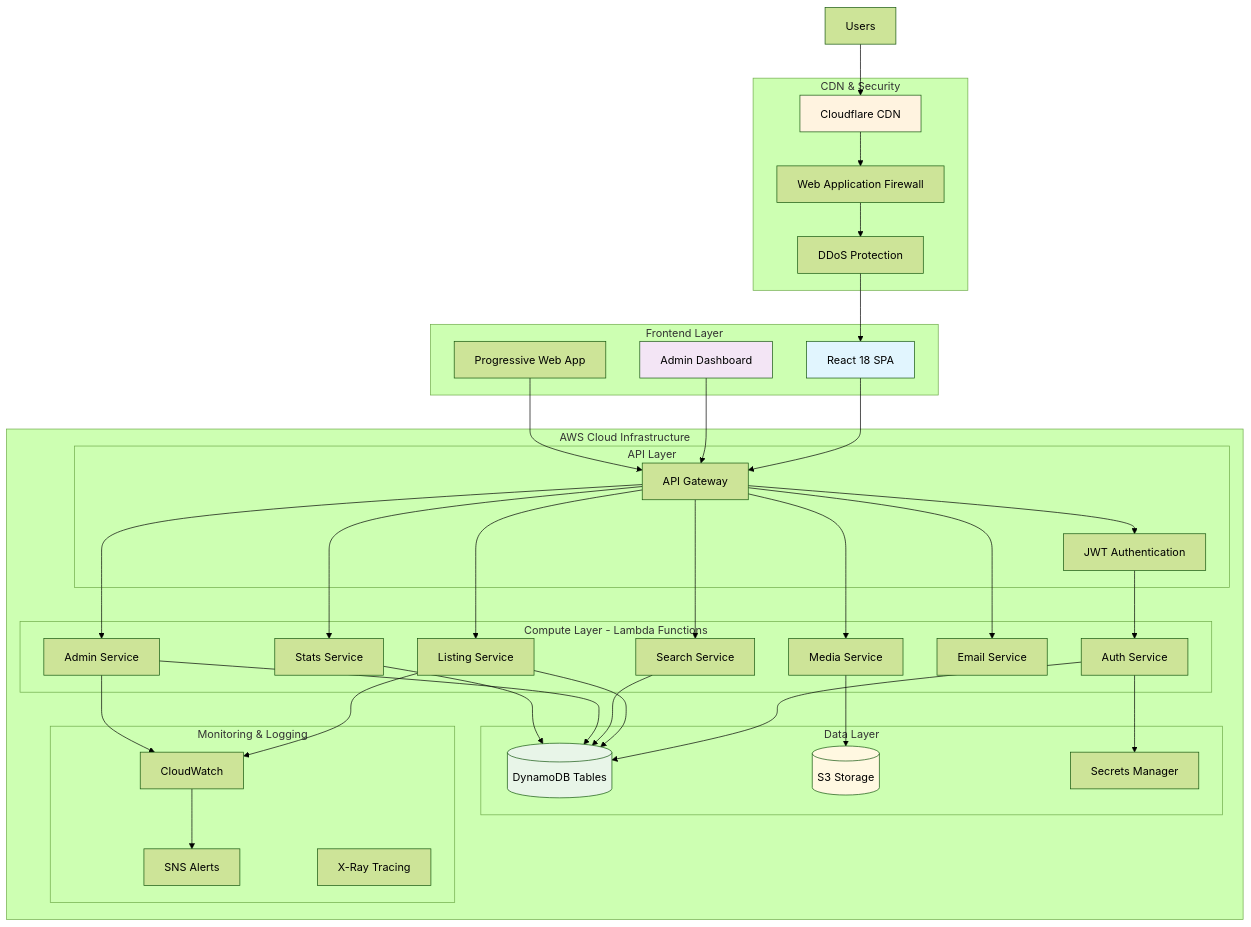
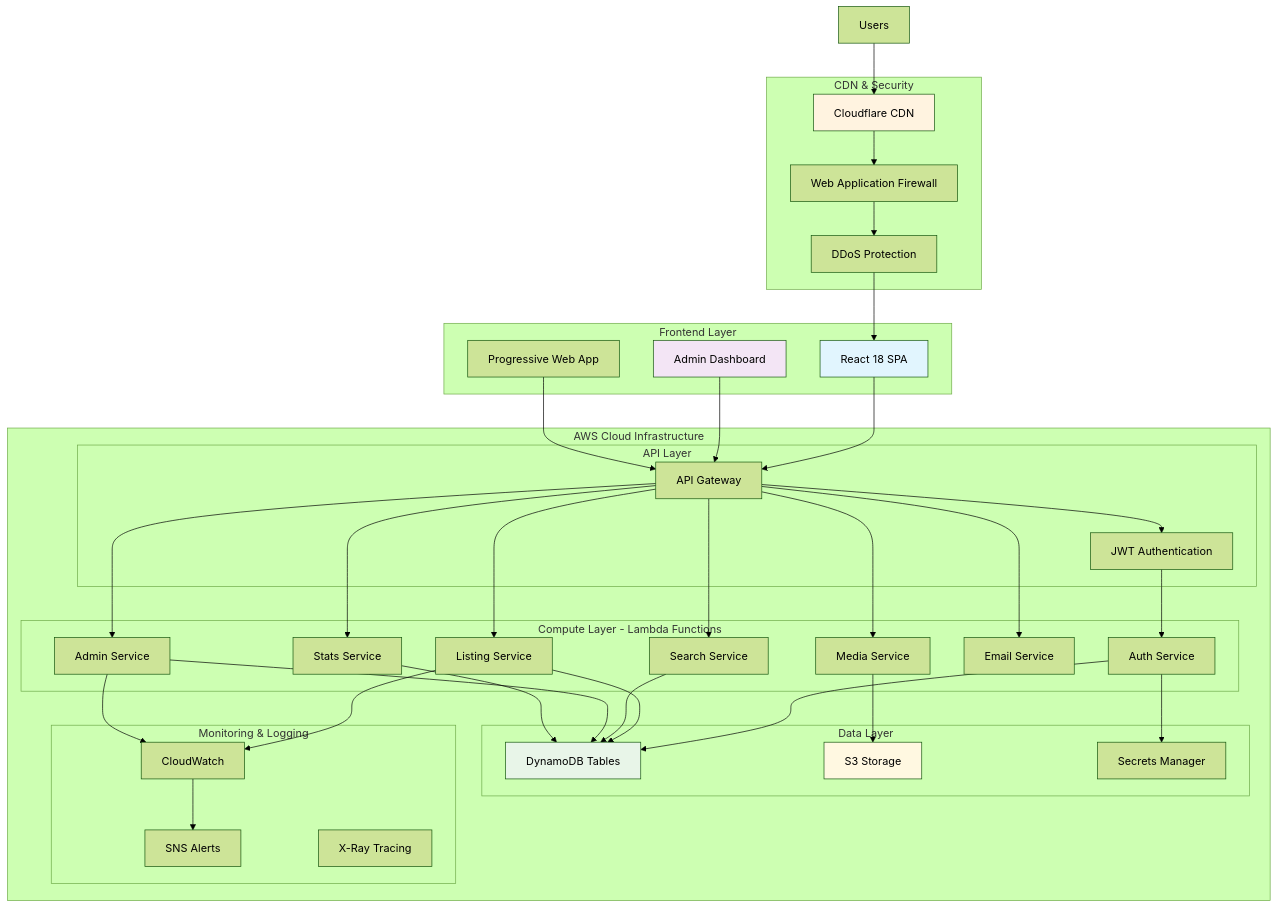
Before and after one commit to felixep/harborlist-marketplace: the first of 8 diagrams in docs/architecture/README.md, drawn with Mermaid (forest theme). The commit also changed other lines of this file and 3 other files, not shown here.

First line of the commit message:
Fix Mermaid diagram syntax errors

````diff
--- a/docs/architecture/README.md
+++ b/docs/architecture/README.md
@@ -61,81 +61,81 @@
 ```mermaid
 graph TB
     subgraph "Frontend Layer"
         UI[React 18 SPA]
         PWA[Progressive Web App]
         Admin[Admin Dashboard]
     end
     
     subgraph "CDN & Security"
         CF[Cloudflare CDN]
         WAF[Web Application Firewall]
         DDoS[DDoS Protection]
     end
     
     subgraph "AWS Cloud Infrastructure"
         subgraph "API Layer"
             APIGW[API Gateway]
             Auth[JWT Authentication]
         end
         
         subgraph "Compute Layer - Lambda Functions"
             AuthLambda[Auth Service]
             ListingLambda[Listing Service]  
             SearchLambda[Search Service]
             AdminLambda[Admin Service]
             MediaLambda[Media Service]
             EmailLambda[Email Service]
             StatsLambda[Stats Service]
         end
         
         subgraph "Data Layer"
-            DDB[(DynamoDB Tables)]
-            S3[(S3 Storage)]
+            DDB[DynamoDB Tables]
+            S3[S3 Storage]
             Secrets[Secrets Manager]
         end
         
         subgraph "Monitoring & Logging"
             CW[CloudWatch]
             SNS[SNS Alerts]
             XRay[X-Ray Tracing]
         end
     end
     
     Users --> CF
     CF --> WAF
     WAF --> DDoS
     DDoS --> UI
     
     UI --> APIGW
     Admin --> APIGW
     PWA --> APIGW
     
     APIGW --> Auth
     Auth --> AuthLambda
     
     APIGW --> ListingLambda
     APIGW --> SearchLambda
     APIGW --> AdminLambda
     APIGW --> MediaLambda
     APIGW --> EmailLambda
     APIGW --> StatsLambda
     
     AuthLambda --> DDB
     ListingLambda --> DDB
     SearchLambda --> DDB
     AdminLambda --> DDB
     StatsLambda --> DDB
     
     MediaLambda --> S3
     AuthLambda --> Secrets
     
     ListingLambda --> CW
     AdminLambda --> CW
     CW --> SNS
     
     style UI fill:#e1f5fe
     style Admin fill:#f3e5f5
     style CF fill:#fff3e0
     style DDB fill:#e8f5e8
     style S3 fill:#fff8e1
 ```
````
